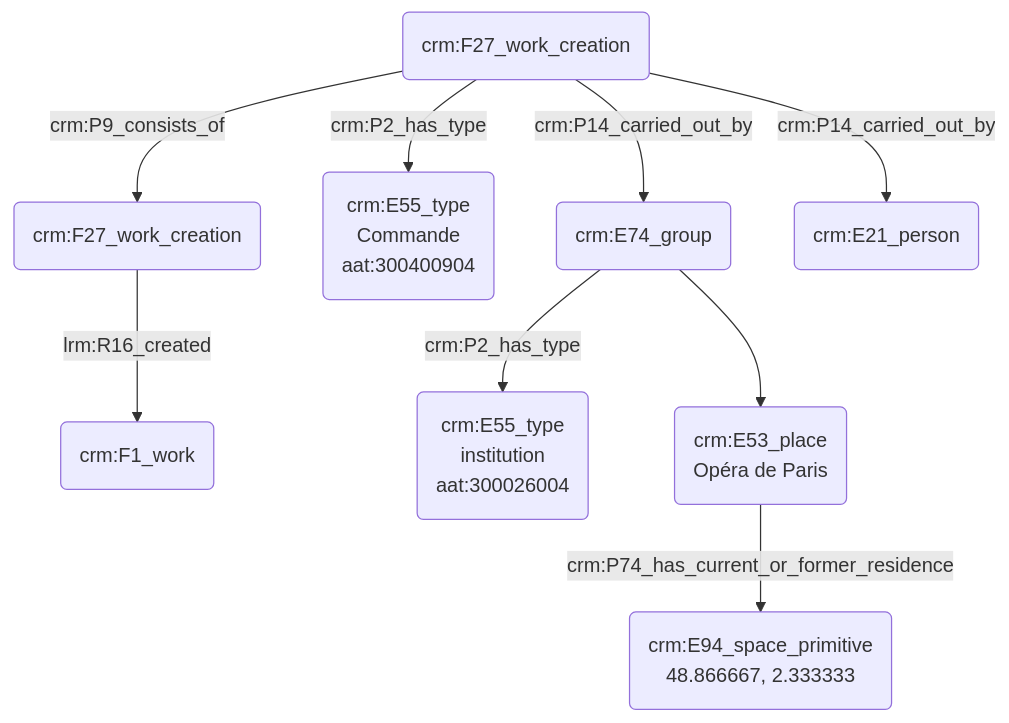
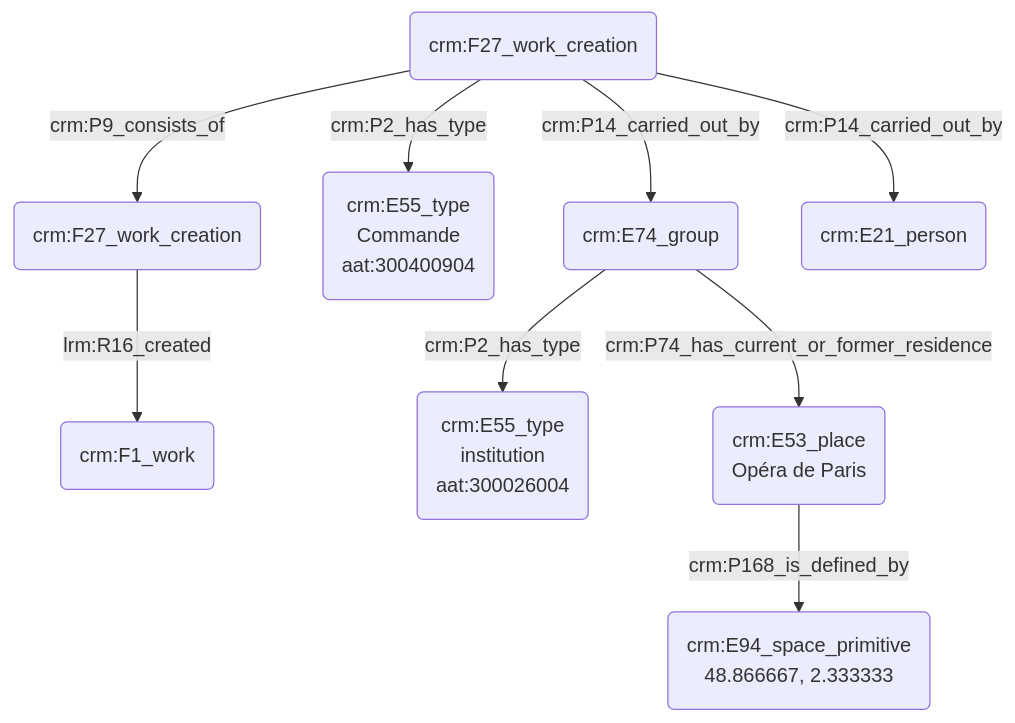
Before and after one commit to Amleth/consortium-musica2-gt2-ontologies: the diagram in modules/livrables/Dossier 2/Indexation conceptuelle/commanditaire d'une œuvre.md, drawn with Mermaid.

Commit message:
Update commanditaire d'une œuvre.md

````diff
--- a/modules/livrables/Dossier 2/Indexation conceptuelle/commanditaire d'une œuvre.md
+++ b/modules/livrables/Dossier 2/Indexation conceptuelle/commanditaire d'une œuvre.md
@@ -17,15 +17,15 @@
 ```mermaid
 graph TD;
 
 A(crm:F27_work_creation) --> |lrm:R16_created| B(crm:F1_work)
 C(crm:F27_work_creation) -->|crm:P9_consists_of| A(crm:F27_work_creation)
 C(crm:F27_work_creation) --> |crm:P2_has_type| D(crm:E55_type<br>Commande<br>aat:300400904)
 C(crm:F27_work_creation) --> |crm:P14_carried_out_by| E(crm:E74_group)
 E(crm:E74_group) -->|crm:P2_has_type| F(crm:E55_type<br>institution<br>aat:300026004)
-E(crm:E74_group) --> I(crm:E53_place<br>Opéra de Paris)
-I(crm:E53_place<br>Opéra de Paris) -->|crm:P74_has_current_or_former_residence| G(crm:E94_space_primitive
+E(crm:E74_group) --> |crm:P74_has_current_or_former_residence| I(crm:E53_place<br>Opéra de Paris)
+I(crm:E53_place<br>Opéra de Paris) --> |crm:P168_is_defined_by| G(crm:E94_space_primitive
 48.866667, 2.333333)
 C(crm:F27_work_creation) --> |crm:P14_carried_out_by| H(crm:E21_person<John Doe)
 
 
 ```
````
